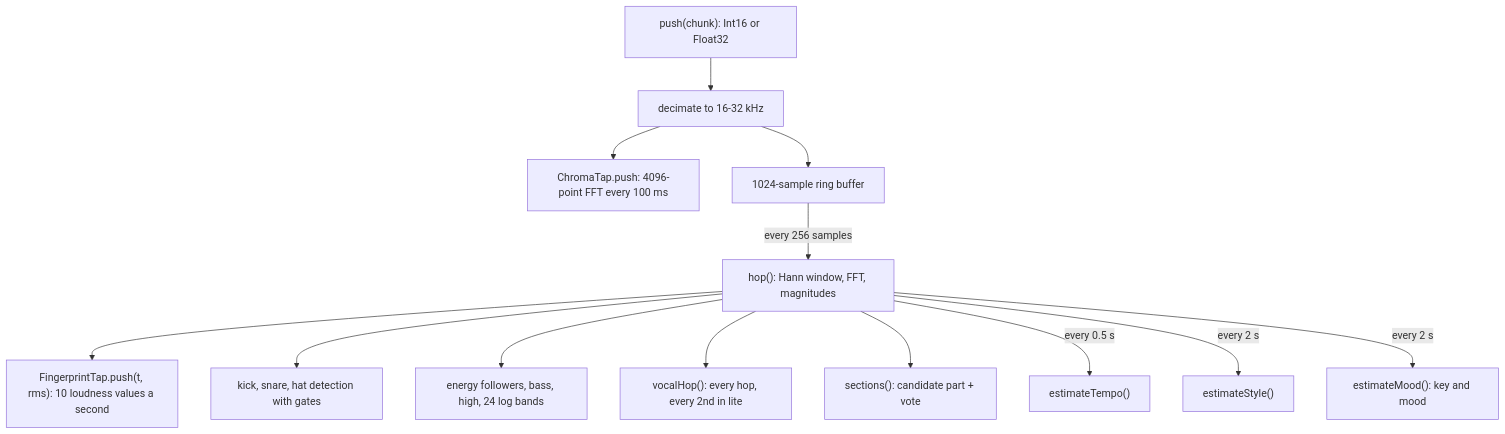
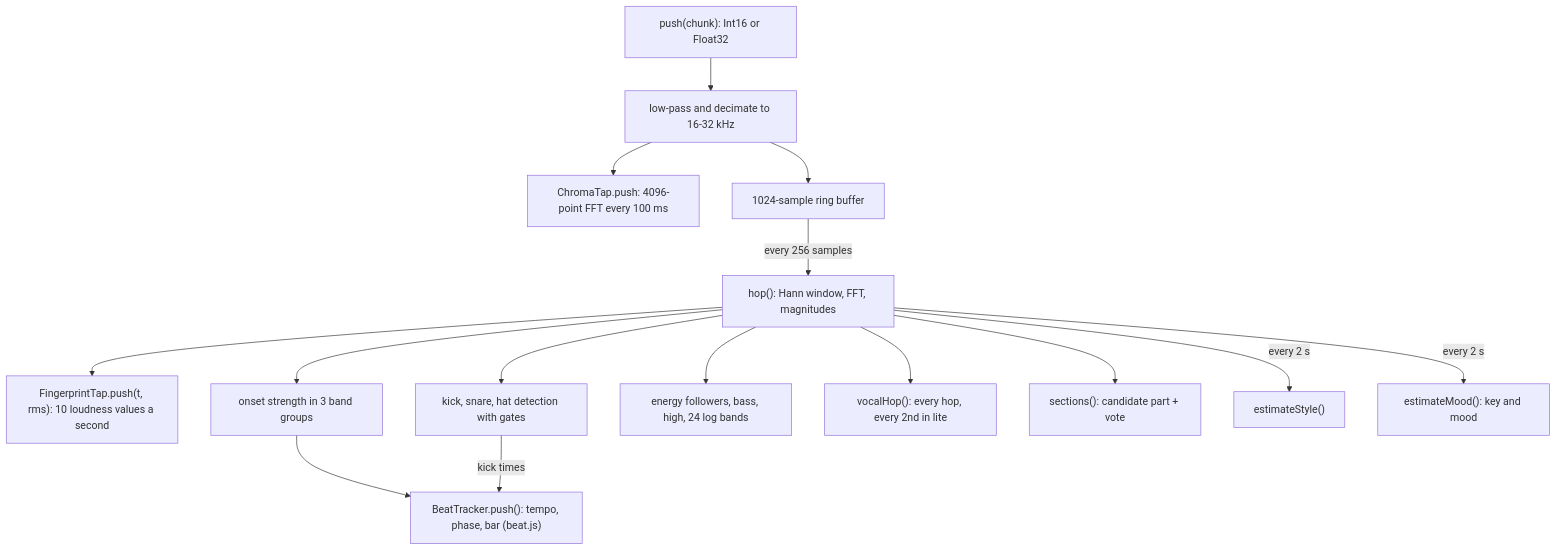
One commit to D4RKGEEK/tempolight changed the diagram in mintlify/internals/live-analyser.mdx. Above: the diagram before and after it, drawn with Mermaid. The commit also changed other lines of this file and 9 other files, not shown here.

First line of the commit message:
Live beat tracker rebuilt: onset curve, tempogram, comb-locked grid, live downbeats

````diff
--- a/mintlify/internals/live-analyser.mdx
+++ b/mintlify/internals/live-analyser.mdx
@@ -22,15 +23,17 @@
 ```mermaid
 flowchart TD
-  P["push(chunk): Int16 or Float32"] --> DEC["decimate to 16-32 kHz"]
+  P["push(chunk): Int16 or Float32"] --> DEC["low-pass and decimate to 16-32 kHz"]
   DEC --> CT["ChromaTap.push: 4096-point FFT every 100 ms"]
   DEC --> RING["1024-sample ring buffer"]
   RING -- "every 256 samples" --> HOP["hop(): Hann window, FFT, magnitudes"]
   HOP --> FP["FingerprintTap.push(t, rms): 10 loudness values a second"]
+  HOP --> ODF["onset strength in 3 band groups"]
+  ODF --> BT["BeatTracker.push(): tempo, phase, bar (beat.js)"]
   HOP --> DRUM["kick, snare, hat detection with gates"]
+  DRUM -- "kick times" --> BT
   HOP --> ENV["energy followers, bass, high, 24 log bands"]
   HOP --> VOC["vocalHop(): every hop, every 2nd in lite"]
   HOP --> SEC["sections(): candidate part + vote"]
-  HOP -- "every 0.5 s" --> TEM["estimateTempo()"]
   HOP -- "every 2 s" --> STY["estimateStyle()"]
   HOP -- "every 2 s" --> MOO["estimateMood(): key and mood"]
 ```
````
